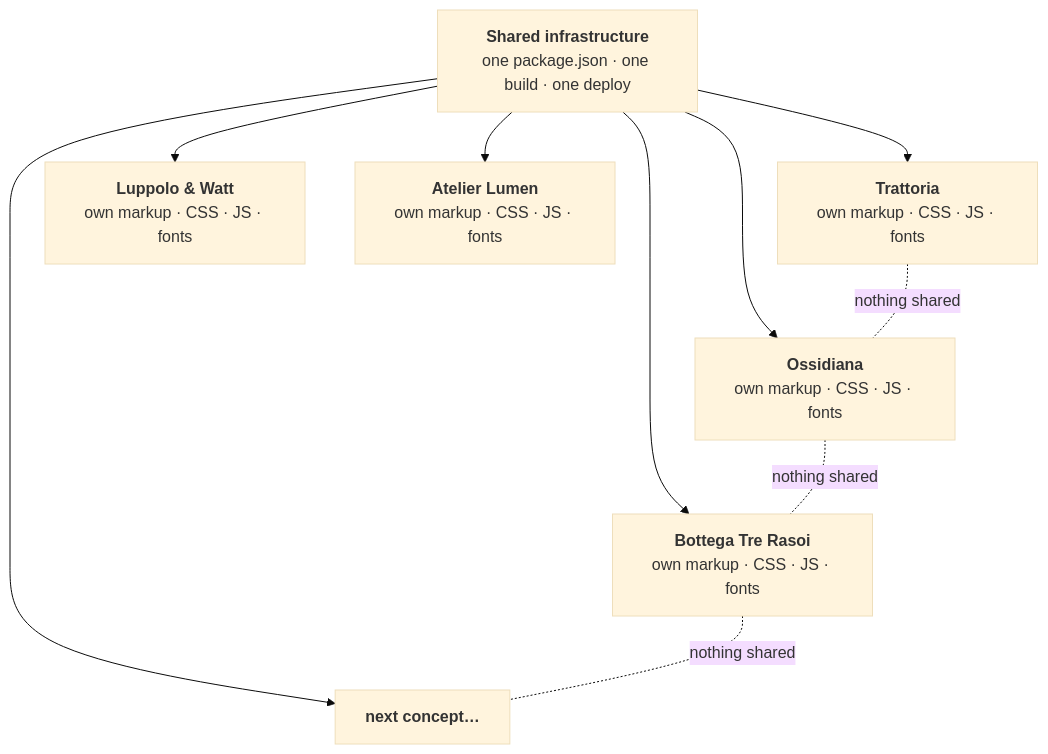
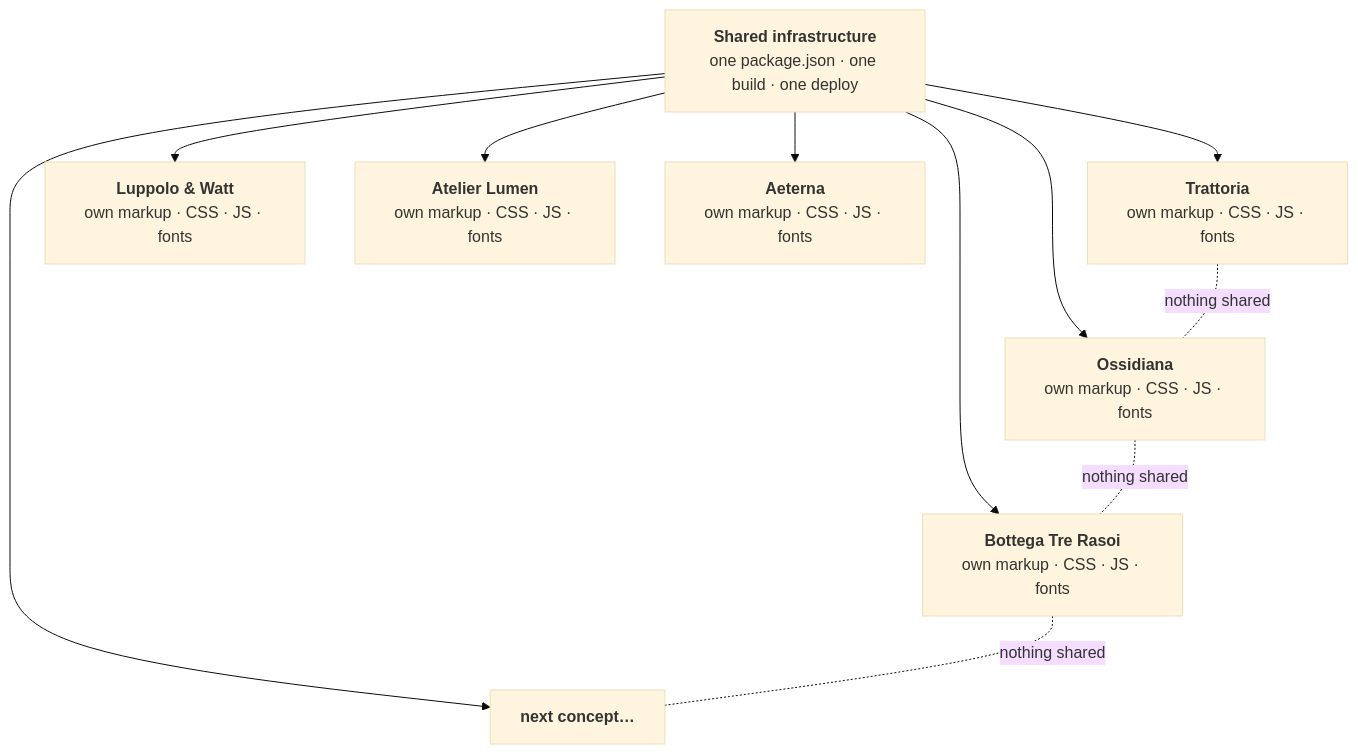
One commit to Loop-Studio-Web/vetrine changed the diagram in README.md. Above: the diagram before and after it, drawn with Mermaid (base theme). The commit also changed other lines of this file and 34 other files, not shown here.

````diff
--- a/README.md
+++ b/README.md
@@ -151,13 +169,14 @@
 ```mermaid
 flowchart TB
     infra["<b>Shared infrastructure</b><br/>one package.json · one build · one deploy"]
     infra --> T["<b>Trattoria</b><br/>own markup · CSS · JS · fonts"]
     infra --> O["<b>Ossidiana</b><br/>own markup · CSS · JS · fonts"]
     infra --> R["<b>Luppolo & Watt</b><br/>own markup · CSS · JS · fonts"]
     infra --> B["<b>Bottega Tre Rasoi</b><br/>own markup · CSS · JS · fonts"]
     infra --> L["<b>Atelier Lumen</b><br/>own markup · CSS · JS · fonts"]
+    infra --> A["<b>Aeterna</b><br/>own markup · CSS · JS · fonts"]
     infra --> N["<b>next concept…</b>"]
     T -.-|nothing shared| O
     O -.-|nothing shared| B
     B -.-|nothing shared| N
 ```
````
